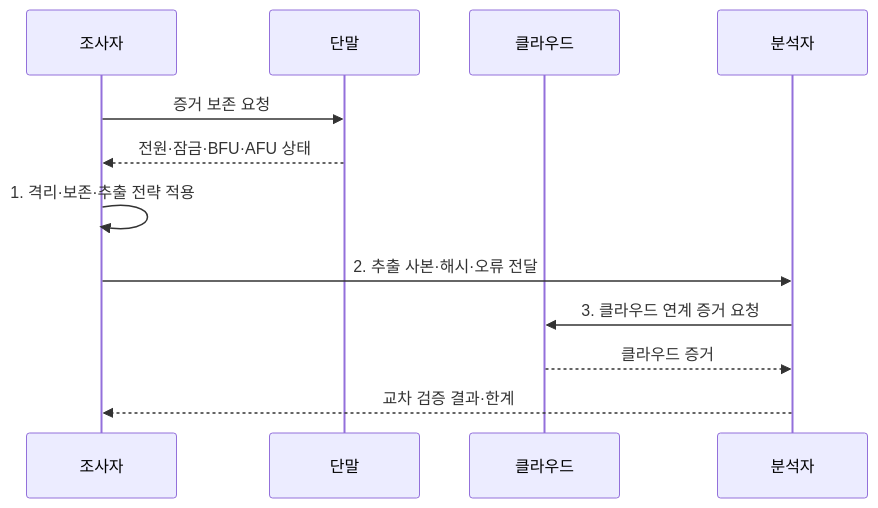
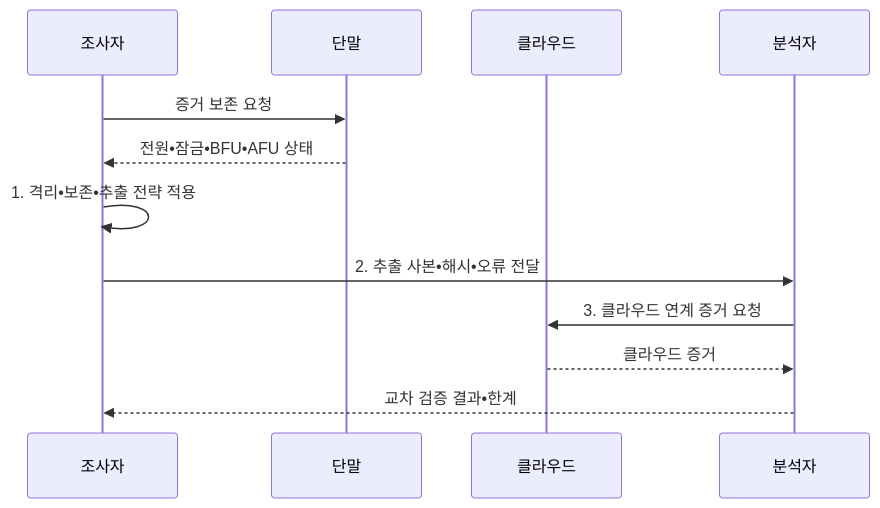
Before and after one commit to agnusdei1207/knowledge-base: the second of 2 diagrams in src/content/docs/notes/05-security/115_mobile_forensics.md, drawn with Mermaid. The commit also changed other lines of this file and 953 other files, not shown here.

````diff
--- a/src/content/docs/notes/05-security/115_mobile_forensics.md
+++ b/src/content/docs/notes/05-security/115_mobile_forensics.md
@@ -97,14 +97,14 @@
 ```mermaid
 sequenceDiagram
   participant I as 조사자
   participant D as 단말
   participant C as 클라우드
   participant A as 분석자
   I->>D: 증거 보존 요청
-  D-->>I: 전원·잠금·BFU·AFU 상태
-  I->>I: 1. 격리·보존·추출 전략 적용
-  I->>A: 2. 추출 사본·해시·오류 전달
+  D-->>I: 전원•잠금•BFU•AFU 상태
+  I->>I: 1. 격리•보존•추출 전략 적용
+  I->>A: 2. 추출 사본•해시•오류 전달
   A->>C: 3. 클라우드 연계 증거 요청
   C-->>A: 클라우드 증거
-  A-->>I: 교차 검증 결과·한계
+  A-->>I: 교차 검증 결과•한계
 ```
````
